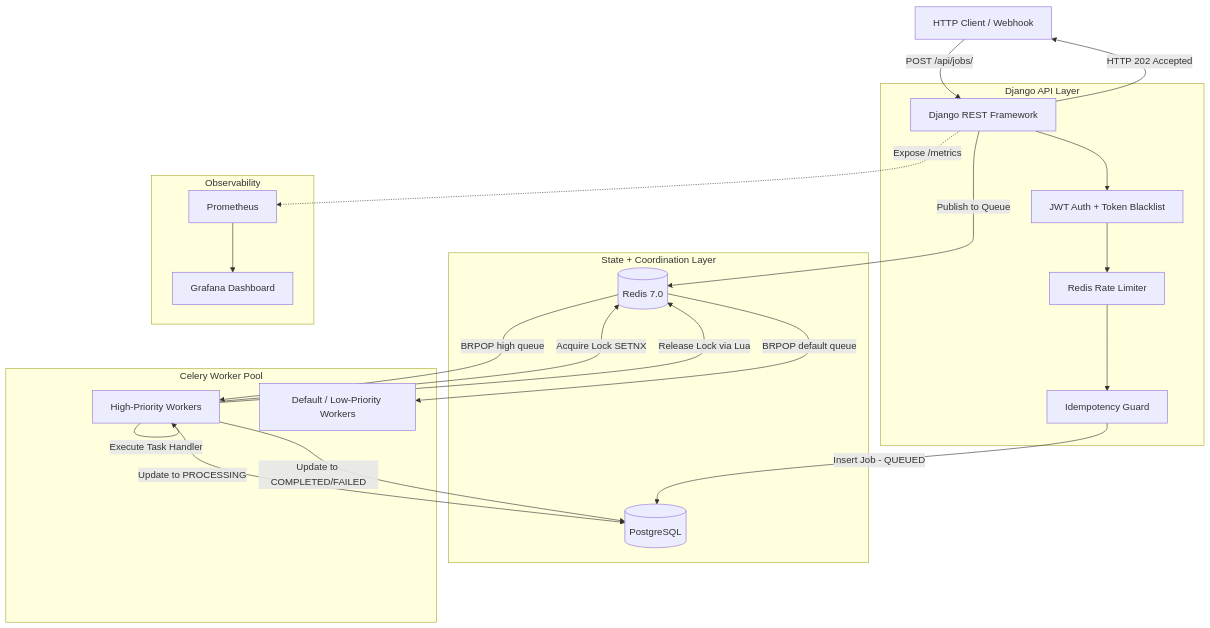
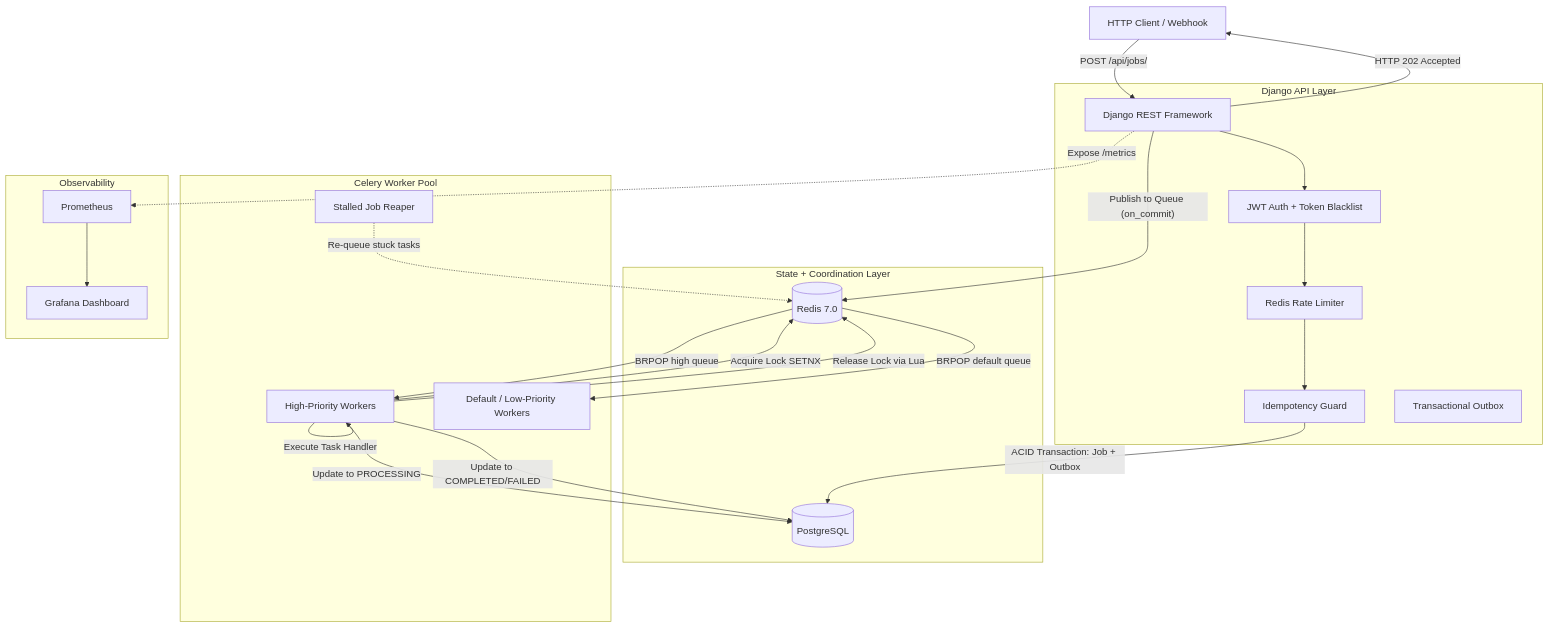
One commit to koushikbobba/distributed-job-queue changed the diagram in README.md. Above: the diagram before and after it, drawn with Mermaid. The commit also changed other lines of this file and 13 other files, not shown here.

Commit message:
feat: complete reliability & correctness overhaul (FSM, Outbox, Reaper, DLQ, Fail-Closed Locks)

````diff
--- a/README.md
+++ b/README.md
@@ -11,46 +11,49 @@
 ```mermaid
 flowchart TD
     Client["HTTP Client / Webhook"]
     
     subgraph APILayer ["Django API Layer"]
         API["Django REST Framework"]
         Auth["JWT Auth + Token Blacklist"]
         Throttle["Redis Rate Limiter"]
         Idem["Idempotency Guard"]
+        Outbox["Transactional Outbox"]
     end
 
     subgraph Storage ["State + Coordination Layer"]
         PG[("PostgreSQL")]
         Redis[("Redis 7.0")]
     end
 
     subgraph Workers ["Celery Worker Pool"]
         WH["High-Priority Workers"]
         WD["Default / Low-Priority Workers"]
+        Sweeper["Stalled Job Reaper"]
     end
 
     subgraph Monitoring ["Observability"]
         Prom["Prometheus"]
         Graf["Grafana Dashboard"]
     end
 
     Client -->|"POST /api/jobs/"| API
     API --> Auth
     Auth --> Throttle
     Throttle --> Idem
-    Idem -->|"Insert Job - QUEUED"| PG
-    API -->|"Publish to Queue"| Redis
+    Idem -->|"ACID Transaction: Job + Outbox"| PG
+    API -->|"Publish to Queue (on_commit)"| Redis
     API -->|"HTTP 202 Accepted"| Client
 
     Redis -->|"BRPOP high queue"| WH
     Redis -->|"BRPOP default queue"| WD
+    Sweeper -.->|"Re-queue stuck tasks"| Redis
 
     WH -->|"Acquire Lock SETNX"| Redis
     WH -->|"Update to PROCESSING"| PG
     WH -->|"Execute Task Handler"| WH
     WH -->|"Update to COMPLETED/FAILED"| PG
     WH -->|"Release Lock via Lua"| Redis
 
     API -.->|"Expose /metrics"| Prom
     Prom --> Graf
 ```
````
